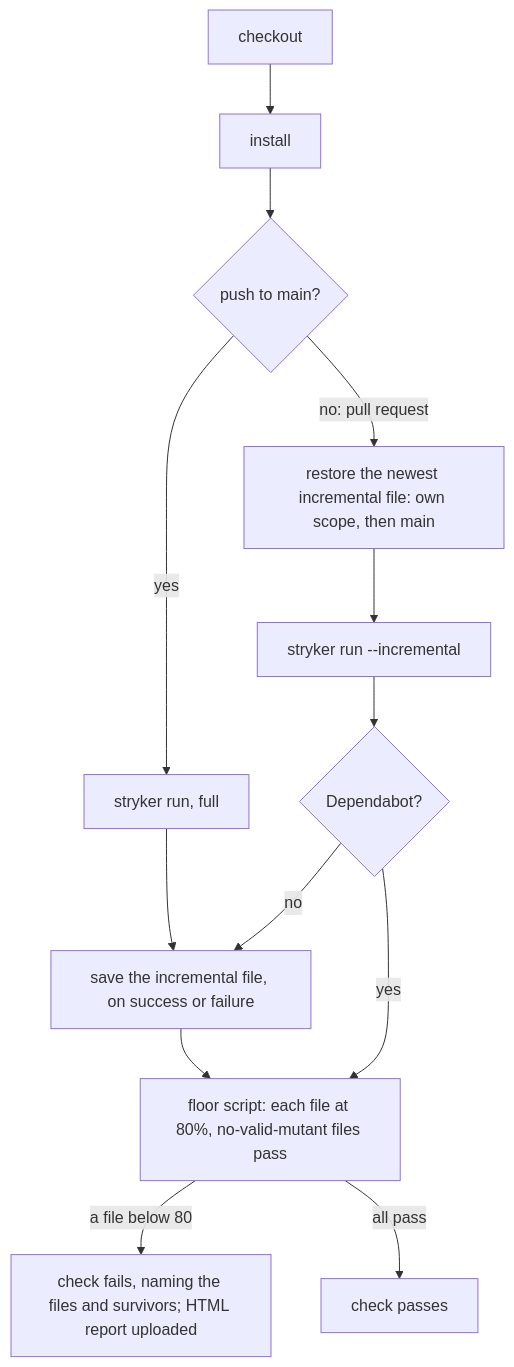
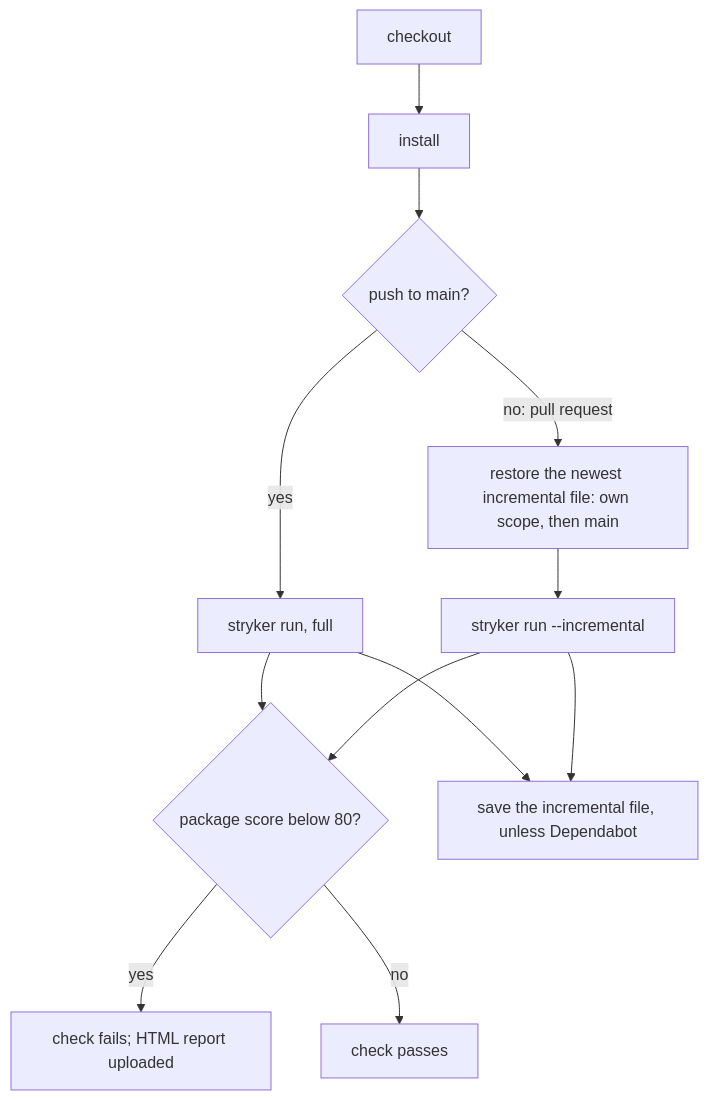
Before and after one commit to thatsnotmynameio/sextou: the second of 2 diagrams in .compound-engineering/artifacts/plans/2026-10-21-1259-feat-test-levels-and-coverage-gate-plan.md, drawn with Mermaid. The commit also changed other lines of this file and 1 other file, not shown here.

````diff
--- a/.compound-engineering/artifacts/plans/2026-10-21-1259-feat-test-levels-and-coverage-gate-plan.md
+++ b/.compound-engineering/artifacts/plans/2026-10-21-1259-feat-test-levels-and-coverage-gate-plan.md
@@ -265,15 +262,14 @@
 ```mermaid
 flowchart TB
   A[checkout] --> B[install]
   B --> E{push to main?}
   E -->|yes| F[stryker run, full]
   E -->|no: pull request| C[restore the newest incremental file: own scope, then main]
   C --> G[stryker run --incremental]
-  F --> H[save the incremental file, on success or failure]
-  G --> Q{Dependabot?}
-  Q -->|no| H
-  Q -->|yes| K
-  H --> K[floor script: each file at 80%, no-valid-mutant files pass]
-  K -->|a file below 80| X[check fails, naming the files and survivors; HTML report uploaded]
-  K -->|all pass| P[check passes]
+  F --> K{package score below 80?}
+  G --> K
+  K -->|yes| X[check fails; HTML report uploaded]
+  K -->|no| P[check passes]
+  F --> H[save the incremental file, unless Dependabot]
+  G --> H
 ```
````
